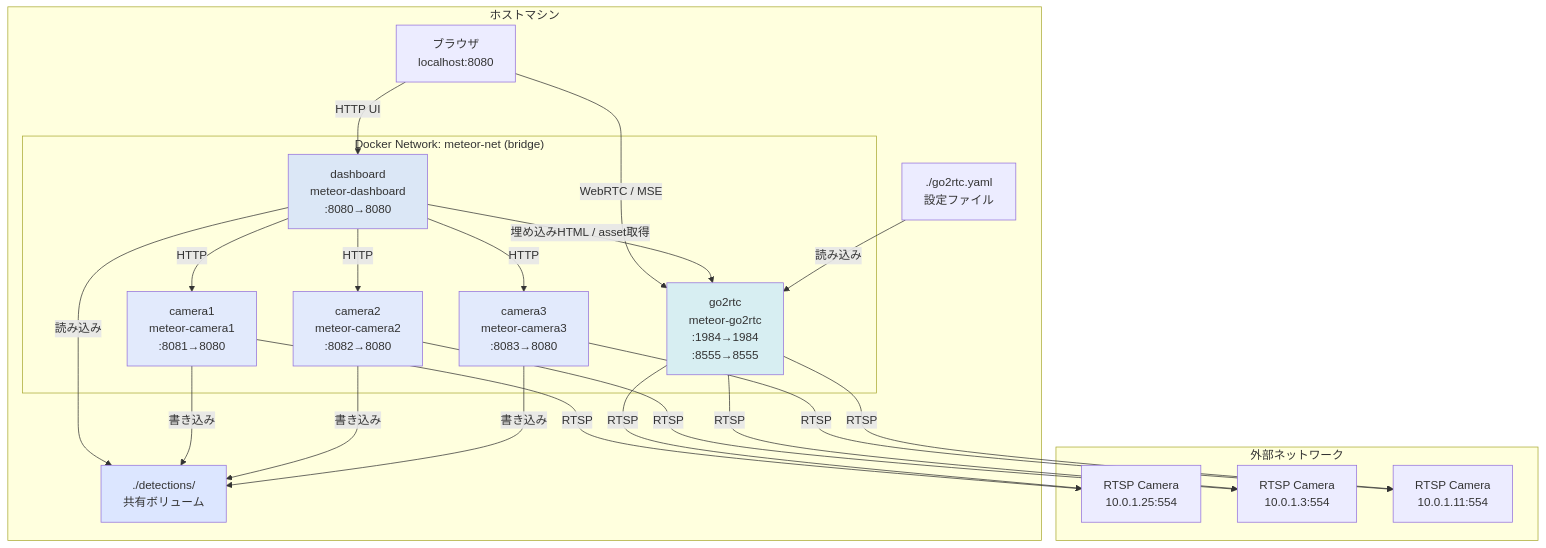
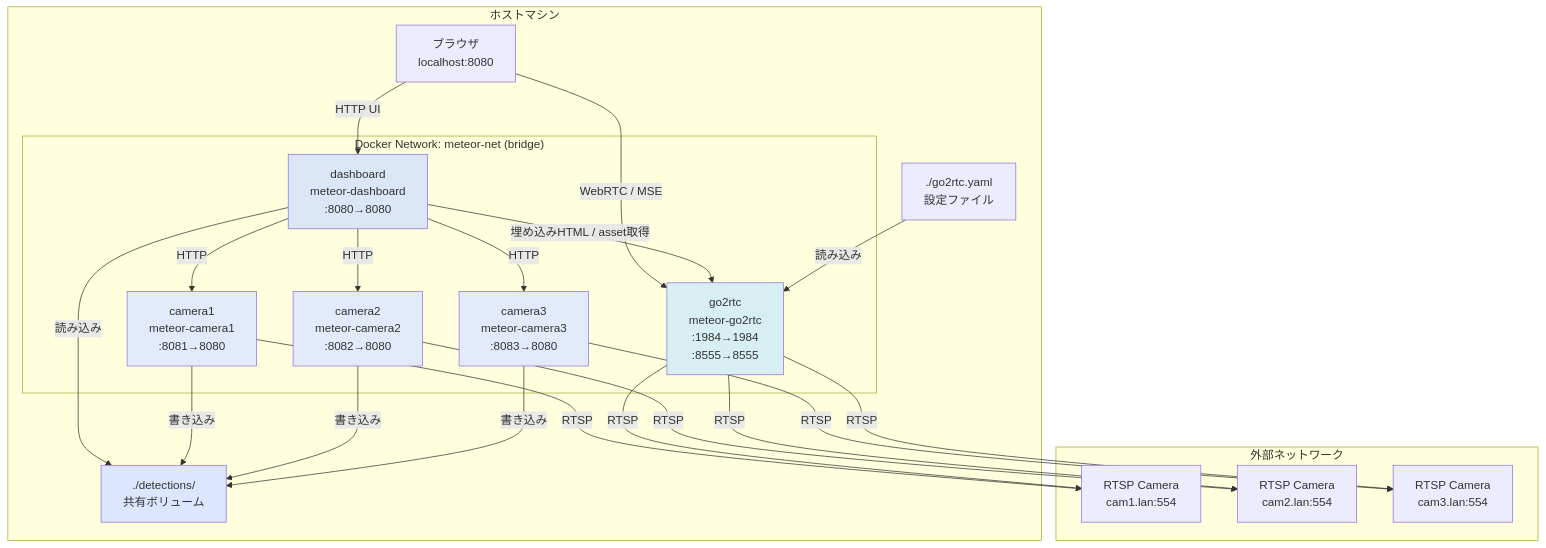
The first of 10 diagrams in documents/DOCKER_ARCHITECTURE.md (Masakai/meteo), drawn with Mermaid before and after one commit. The commit also changed other lines of this file and 18 other files, not shown here.

````diff
--- a/documents/DOCKER_ARCHITECTURE.md
+++ b/documents/DOCKER_ARCHITECTURE.md
@@ -24,50 +24,50 @@
 ```mermaid
 graph TB
     subgraph "ホストマシン"
         Detections["./detections/<br/>共有ボリューム"]
         Go2RTCConf["./go2rtc.yaml<br/>設定ファイル"]
 
         subgraph "Docker Network: meteor-net (bridge)"
             Dashboard["dashboard<br/>meteor-dashboard<br/>:8080→8080"]
             Go2RTC["go2rtc<br/>meteor-go2rtc<br/>:1984→1984<br/>:8555→8555"]
             Camera1["camera1<br/>meteor-camera1<br/>:8081→8080"]
             Camera2["camera2<br/>meteor-camera2<br/>:8082→8080"]
             Camera3["camera3<br/>meteor-camera3<br/>:8083→8080"]
         end
 
         Browser["ブラウザ<br/>localhost:8080"]
     end
 
     subgraph "外部ネットワーク"
-        RTSP1["RTSP Camera<br/>10.0.1.25:554"]
-        RTSP2["RTSP Camera<br/>10.0.1.3:554"]
-        RTSP3["RTSP Camera<br/>10.0.1.11:554"]
+        RTSP1["RTSP Camera<br/>cam1.lan:554"]
+        RTSP2["RTSP Camera<br/>cam2.lan:554"]
+        RTSP3["RTSP Camera<br/>cam3.lan:554"]
     end
 
     Browser -->|"HTTP UI"| Dashboard
     Browser -->|"WebRTC / MSE"| Go2RTC
     Dashboard -->|"HTTP"| Camera1
     Dashboard -->|"HTTP"| Camera2
     Dashboard -->|"HTTP"| Camera3
     Dashboard -->|"埋め込みHTML / asset取得"| Go2RTC
 
     Camera1 -->|"RTSP"| RTSP1
     Camera2 -->|"RTSP"| RTSP2
     Camera3 -->|"RTSP"| RTSP3
     Go2RTC -->|"RTSP"| RTSP1
     Go2RTC -->|"RTSP"| RTSP2
     Go2RTC -->|"RTSP"| RTSP3
 
     Dashboard -->|"読み込み"| Detections
     Camera1 -->|"書き込み"| Detections
     Camera2 -->|"書き込み"| Detections
     Camera3 -->|"書き込み"| Detections
     Go2RTCConf -->|"読み込み"| Go2RTC
 
     style Dashboard fill:#dbe7f6
     style Go2RTC fill:#d7eef2
     style Camera1 fill:#e2eafc
     style Camera2 fill:#e2eafc
     style Camera3 fill:#e2eafc
     style Detections fill:#dce6ff
 ```
````
